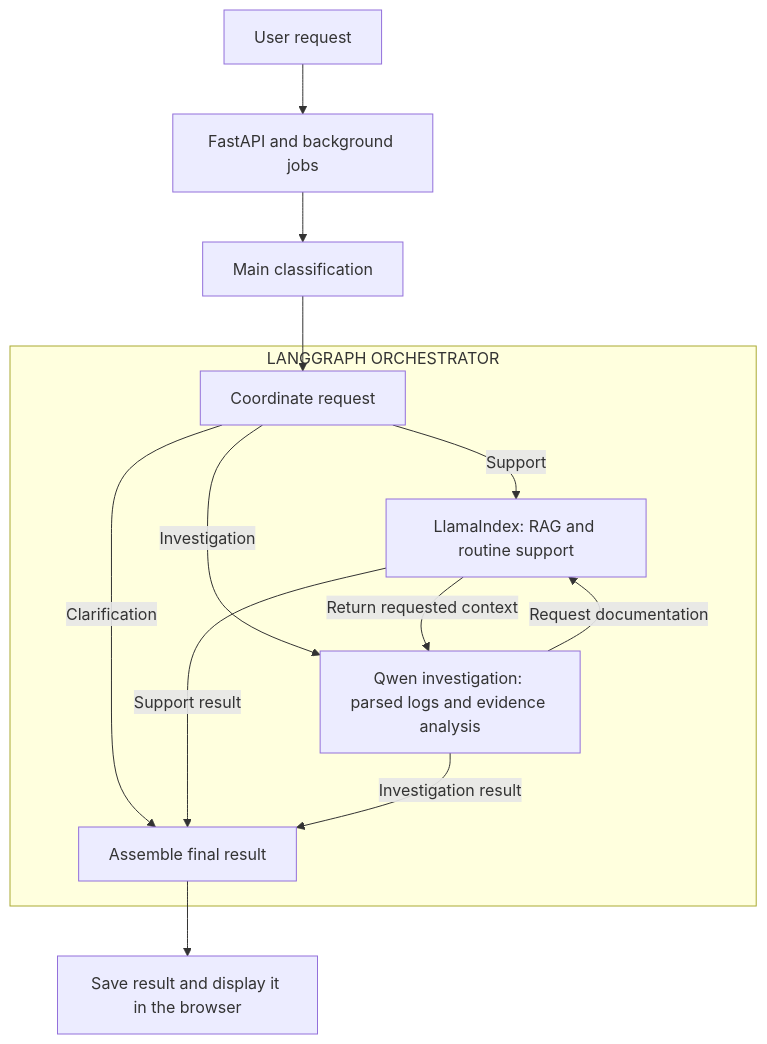
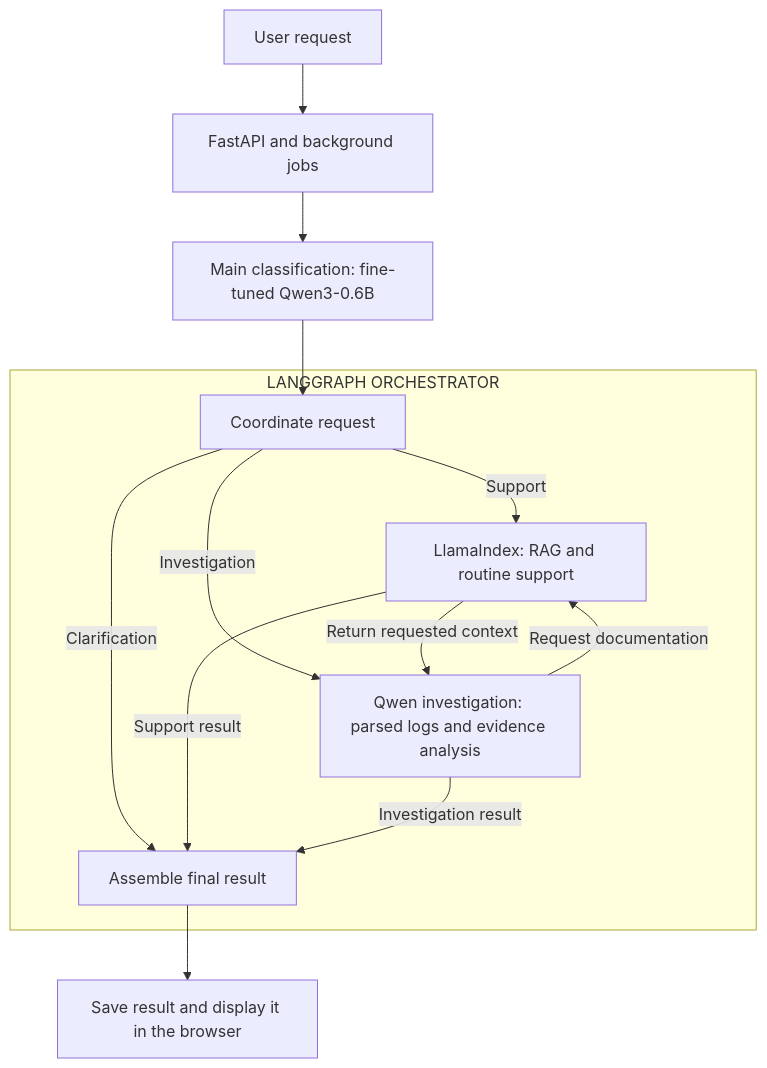
One commit to swathiblrs/Agentic-RAG-Support-Automation-Platform changed the first of 3 diagrams in README.md. Above: the diagram before and after it, drawn with Mermaid. The commit also changed other lines of this file and 34 other files, not shown here.

Commit message:
Use fine-tuned Qwen intake and bounded full verification retry

````diff
--- a/README.md
+++ b/README.md
@@ -15,20 +17,20 @@
 ```mermaid
 flowchart TD
     User["User request"] --> API["FastAPI and background jobs"]
-    API --> Classifier["Main classification"]
+    API --> Classifier["Main classification: fine-tuned Qwen3-0.6B"]
     subgraph Parent["LANGGRAPH ORCHESTRATOR"]
         Select["Coordinate request"]
         LI["LlamaIndex: RAG and routine support"]
         Qwen["Qwen investigation: parsed logs and evidence analysis"]
         Final["Assemble final result"]
         Select -->|"Support"| LI
         Select -->|"Investigation"| Qwen
         Select -->|"Clarification"| Final
         Qwen -->|"Request documentation"| LI
         LI -->|"Return requested context"| Qwen
         LI -->|"Support result"| Final
         Qwen -->|"Investigation result"| Final
     end
     Classifier --> Select
     Final --> Display["Save result and display it in the browser"]
 ```
````
